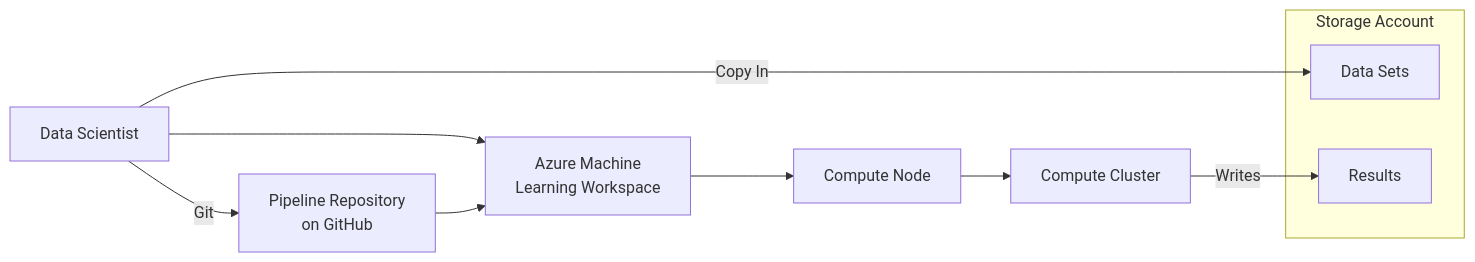
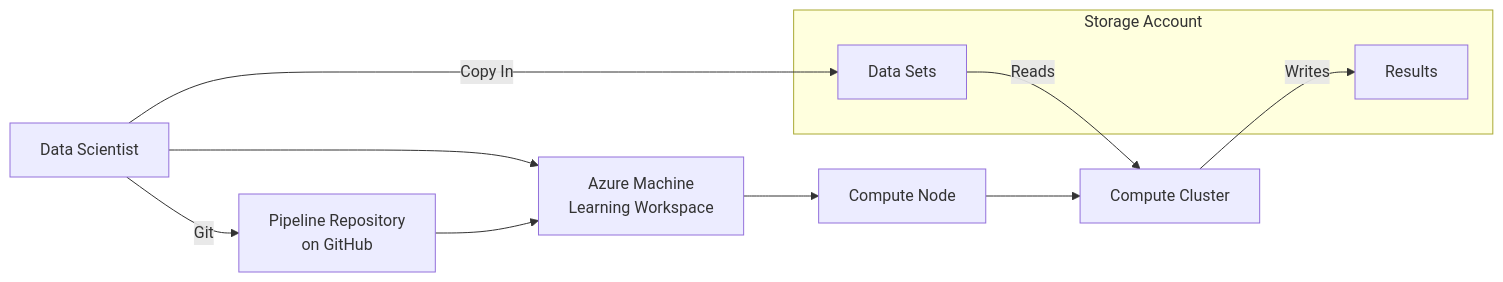
Before and after one commit to Internet2/class-adv-spr2024-aiml: the second of 2 diagrams in azure-deployment/README.md, drawn with Mermaid.

Commit message:
Adding another path

````diff
--- a/azure-deployment/README.md
+++ b/azure-deployment/README.md
@@ -23,14 +23,15 @@
 ```mermaid
 graph LR;
   scientist[Data Scientist] --Git--> repo[Pipeline Repository\non GitHub]
   scientist -->azml
   scientist --Copy In-->data
   repo --> azml[Azure Machine\nLearning Workspace]
   azml -->compute[Compute Node]
   compute -->computeC[Compute Cluster]
   computeC --Writes-->results
+  data --Reads--> computeC
   subgraph sa[Storage Account]
     results[Results]
     data[Data Sets]
   end
 ```
````
